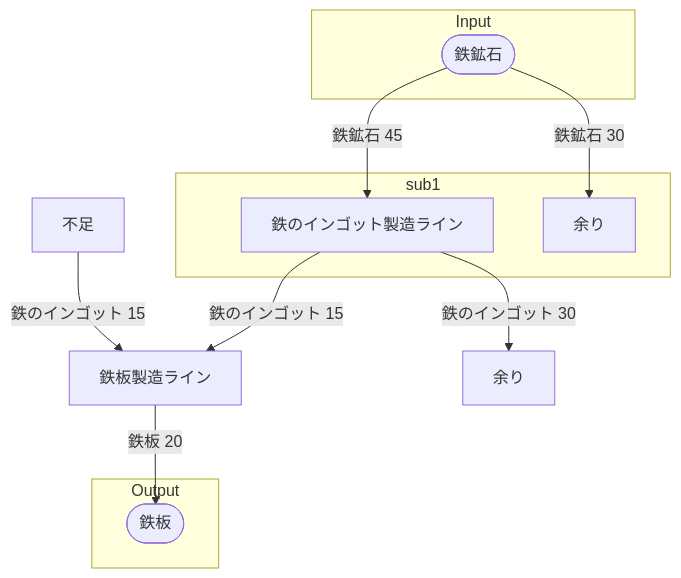
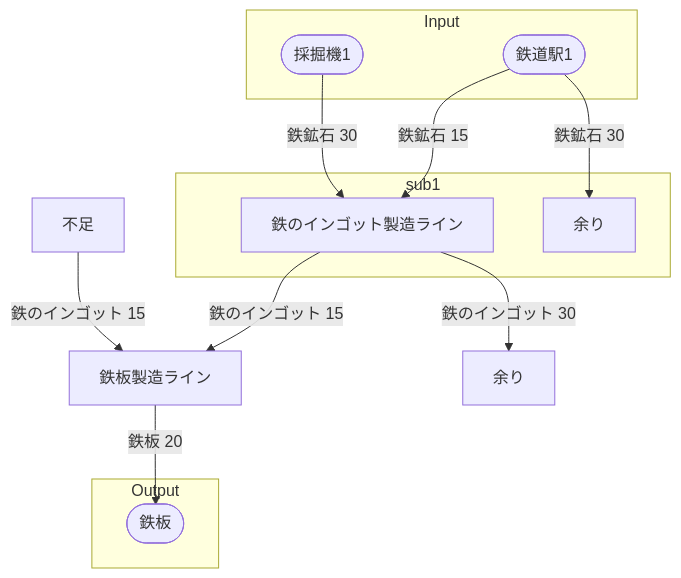
One commit to Suzuran-Amano/SatisfactoryTaskEfficiency changed the diagram in 40_FactoryBuilding/10_工場設計手順書/30‗全体製造ライン設計書/手順書_全体製造ライン設計書.md. Above: the diagram before and after it, drawn with Mermaid. The commit also changed other lines of this file and 3 other files, not shown here.

````diff
--- a/40_FactoryBuilding/10_工場設計手順書/30‗全体製造ライン設計書/手順書_全体製造ライン設計書.md
+++ b/40_FactoryBuilding/10_工場設計手順書/30‗全体製造ライン設計書/手順書_全体製造ライン設計書.md
@@ -49,30 +50,32 @@
 ```mermaid
 flowchart TD
 
 subgraph Input
-    鉄鉱石([鉄鉱石])
+    採掘機1([採掘機1])
+    鉄道駅1([鉄道駅1])
 end
 
 subgraph sub1
   鉄のインゴット製造ライン[鉄のインゴット製造ライン]
   余り1[余り]  
 end
 
 鉄板製造ライン[鉄板製造ライン] 
 不足1[不足]
 余り2[余り]
 
 subgraph Output
     鉄板([鉄板])
 end
 
 
 不足1-->|鉄のインゴット 15|鉄板製造ライン
-鉄鉱石-->|鉄鉱石 30|余り1
-鉄鉱石-->|鉄鉱石 45|鉄のインゴット製造ライン
+鉄道駅1-->|鉄鉱石 30|余り1
+採掘機1-->|鉄鉱石 30|鉄のインゴット製造ライン
+鉄道駅1-->|鉄鉱石 15|鉄のインゴット製造ライン
 鉄のインゴット製造ライン-->|鉄のインゴット 15|鉄板製造ライン
 鉄のインゴット製造ライン-->|鉄のインゴット 30|余り2
 鉄板製造ライン-->|鉄板 20|鉄板
 
 
 ```
````
